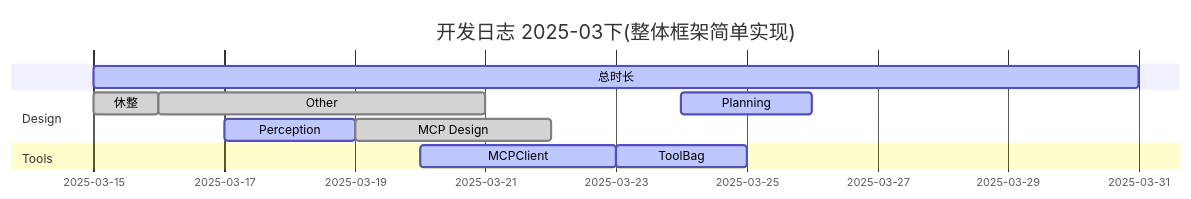
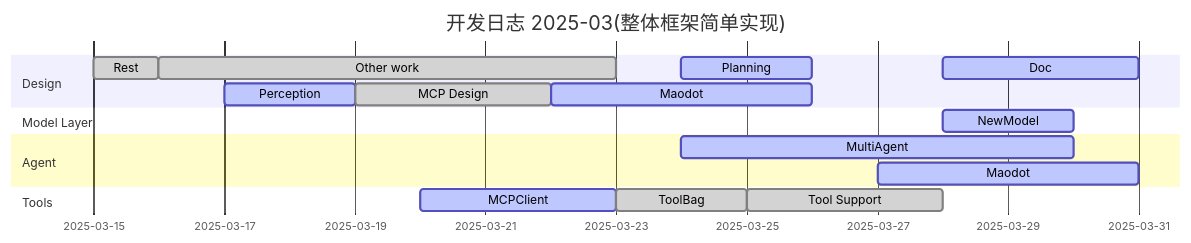
Before and after one commit to SleeeepyZhou/AIdot: the second of 2 diagrams in addons/AIdot/.Asset/Develop_log.md, drawn with Mermaid. The commit also changed other lines of this file and 3 other files, not shown here.

````diff
--- a/addons/AIdot/.Asset/Develop_log.md
+++ b/addons/AIdot/.Asset/Develop_log.md
@@ -54,23 +56,28 @@
 ```mermaid
 ---
 displayMode: compact
 ---
 gantt
-	title 开发日志 2025-03下(整体框架简单实现)
+	title 开发日志 2025-03(整体框架简单实现)
 	dateFormat  YYYY-MM-DD
-	总时长 :active, 2025-03-15, 16d
 	section Design
-		休整 :done, 2025-03-15, 1d
-		Other :done, 2025-03-16, 5d
+		Rest :done, 2025-03-15, 1d
+		Other work :done, 2025-03-16, 7d
 		Perception :active, 2025-03-17, 2d
 		MCP Design :done, 2025-03-19, 3d
 		Planning :active, 2025-03-24, 2d
+		Maodot :active, 2025-03-22, 4d
+		Doc :active, 2025-03-28, 3d
 	section Model Layer
+		NewModel :active, 2025-03-28, 2d
 	section Agent
+		MultiAgent :active, 2025-03-24, 6d
+		Maodot :active, 2025-03-27, 4d
 	section Memory
 	section Perception
 	section Planning
 	section Tools
 		MCPClient :active, 2025-03-20, 3d
-		ToolBag :active, 2025-03-23, 2d
+		ToolBag :done, 2025-03-23, 2d
+		Tool Support :done, 2025-03-25, 3d
 ```
````
